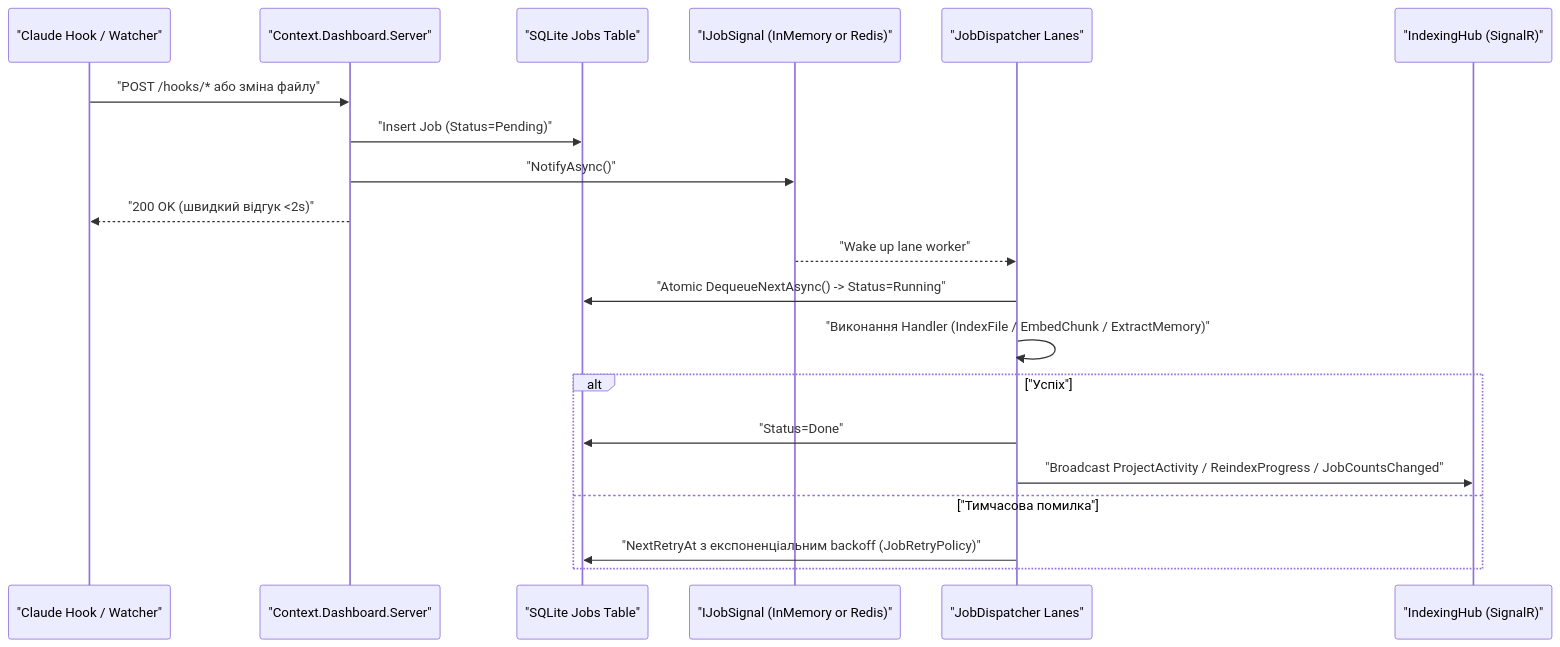
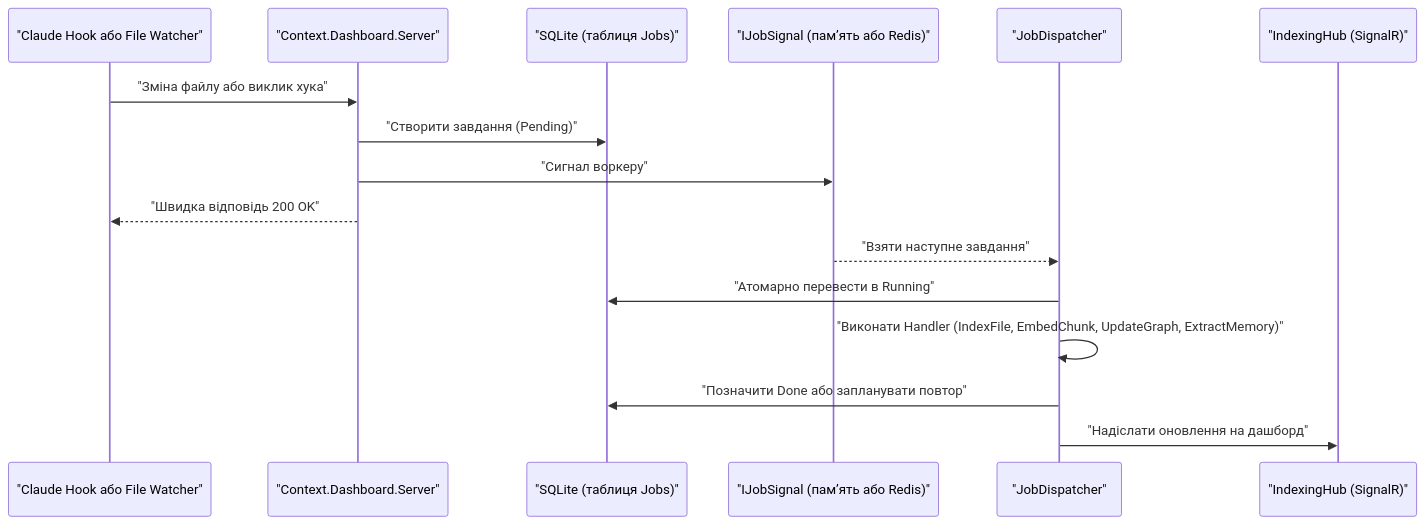
One commit to dellik95/context-platform changed the second of 3 diagrams in docs/uk/ARCHITECTURE.md. Above: the diagram before and after it, drawn with Mermaid. The commit also changed other lines of this file and 7 other files, not shown here.

````diff
--- a/docs/uk/ARCHITECTURE.md
+++ b/docs/uk/ARCHITECTURE.md
@@ -116,24 +94,20 @@
 ```mermaid
 sequenceDiagram
-    participant Hook as "Claude Hook / Watcher"
+    participant Hook as "Claude Hook або File Watcher"
     participant API as "Context.Dashboard.Server"
-    participant DB as "SQLite Jobs Table"
-    participant Signal as "IJobSignal (InMemory or Redis)"
-    participant Pool as "JobDispatcher Lanes"
+    participant DB as "SQLite (таблиця Jobs)"
+    participant Signal as "IJobSignal (памʼять або Redis)"
+    participant Pool as "JobDispatcher"
     participant Hub as "IndexingHub (SignalR)"
 
-    Hook->>API: "POST /hooks/* або зміна файлу"
-    API->>DB: "Insert Job (Status=Pending)"
-    API->>Signal: "NotifyAsync()"
-    API-->>Hook: "200 OK (швидкий відгук <2s)"
+    Hook->>API: "Зміна файлу або виклик хука"
+    API->>DB: "Створити завдання (Pending)"
+    API->>Signal: "Сигнал воркеру"
+    API-->>Hook: "Швидка відповідь 200 OK"
 
-    Signal-->>Pool: "Wake up lane worker"
-    Pool->>DB: "Atomic DequeueNextAsync() -> Status=Running"
-    Pool->>Pool: "Виконання Handler (IndexFile / EmbedChunk / ExtractMemory)"
-    alt "Успіх"
-        Pool->>DB: "Status=Done"
-        Pool->>Hub: "Broadcast ProjectActivity / ReindexProgress / JobCountsChanged"
-    else "Тимчасова помилка"
-        Pool->>DB: "NextRetryAt з експоненціальним backoff (JobRetryPolicy)"
-    end
+    Signal-->>Pool: "Взяти наступне завдання"
+    Pool->>DB: "Атомарно перевести в Running"
+    Pool->>Pool: "Виконати Handler (IndexFile, EmbedChunk, UpdateGraph, ExtractMemory)"
+    Pool->>DB: "Позначити Done або запланувати повтор"
+    Pool->>Hub: "Надіслати оновлення на дашборд"
 ```
````
